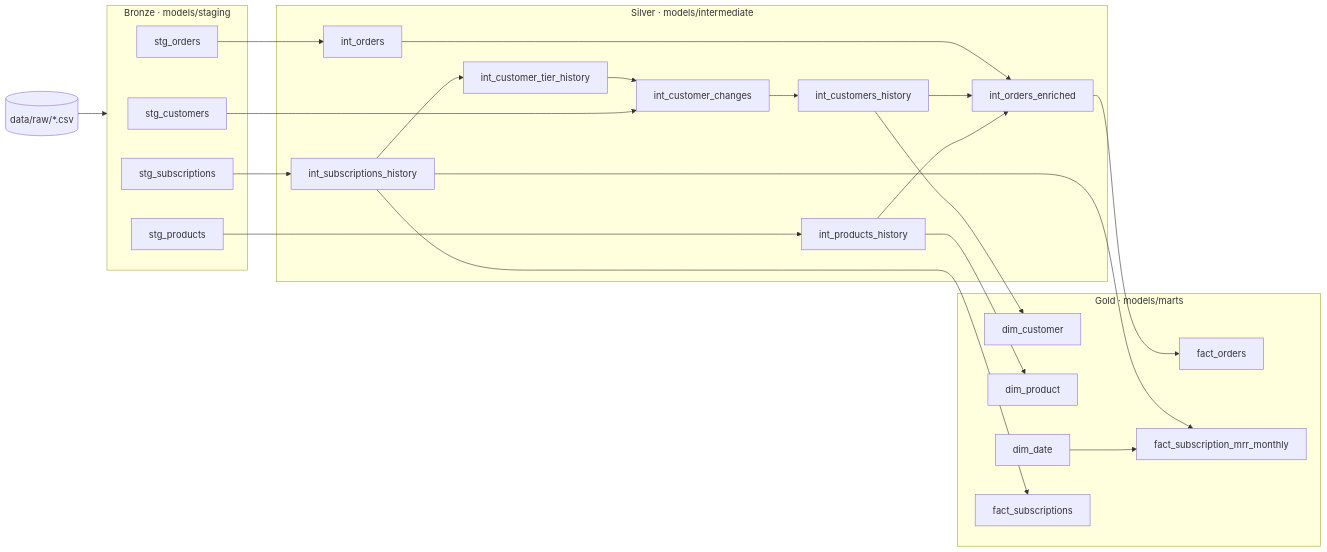
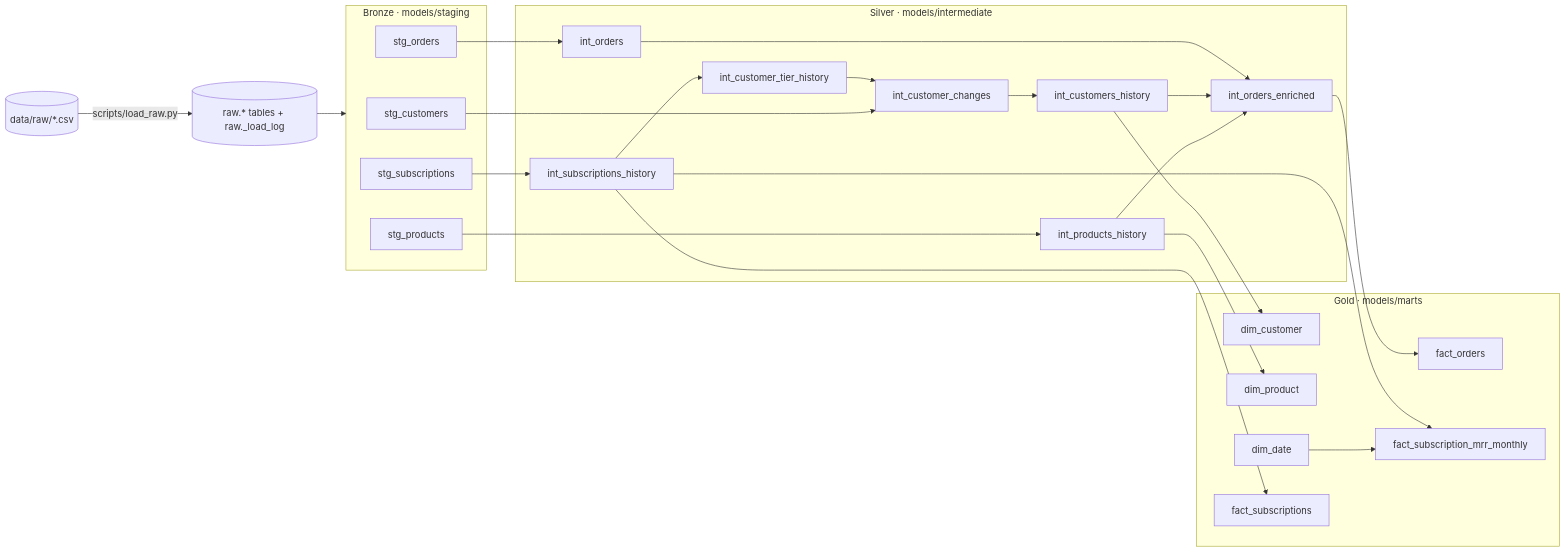
One commit to armandpl1/ecom-data-modeling-project changed the first of 2 diagrams in README.md. Above: the diagram before and after it, drawn with Mermaid. The commit also changed other lines of this file and 10 other files, not shown here.

First line of the commit message:
Add a persistent, append-only raw layer with a load log

````diff
--- a/README.md
+++ b/README.md
@@ -113,39 +141,39 @@
 ```mermaid
 flowchart LR
-    raw[(data/raw/*.csv)] --> B
+    csv[(data/raw/*.csv)] -->|scripts/load_raw.py| raw[(raw.* tables + raw._load_log)] --> B
 
     subgraph B[Bronze · models/staging]
         stg_customers
         stg_products
         stg_orders
         stg_subscriptions
     end
 
     subgraph S[Silver · models/intermediate]
         int_customer_tier_history --> int_customer_changes --> int_customers_history
         int_products_history
         int_subscriptions_history
         int_orders --> int_orders_enriched
     end
 
     subgraph G[Gold · models/marts]
         dim_customer
         dim_product
         dim_date
         fact_orders
         fact_subscriptions
         fact_subscription_mrr_monthly
     end
 
     stg_customers --> int_customer_changes
     int_customers_history --> dim_customer
     int_subscriptions_history --> int_customer_tier_history
     stg_products --> int_products_history --> dim_product
     stg_orders --> int_orders
     int_customers_history --> int_orders_enriched
     int_products_history --> int_orders_enriched
     int_orders_enriched --> fact_orders
     stg_subscriptions --> int_subscriptions_history --> fact_subscription_mrr_monthly
     int_subscriptions_history --> fact_subscriptions
     dim_date --> fact_subscription_mrr_monthly
 ```
````
